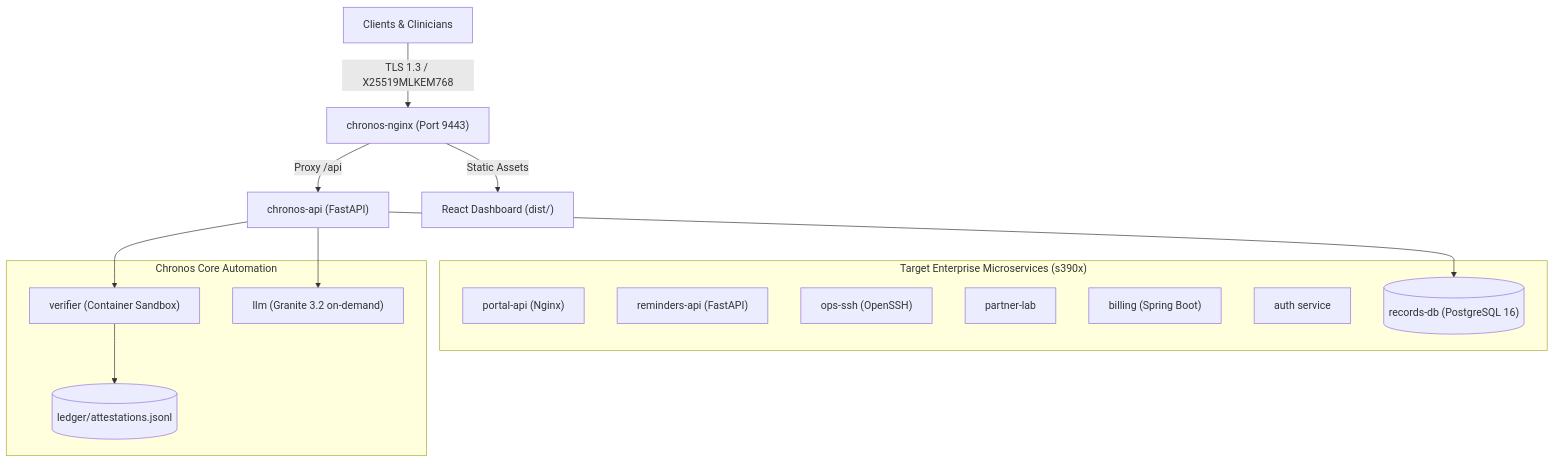
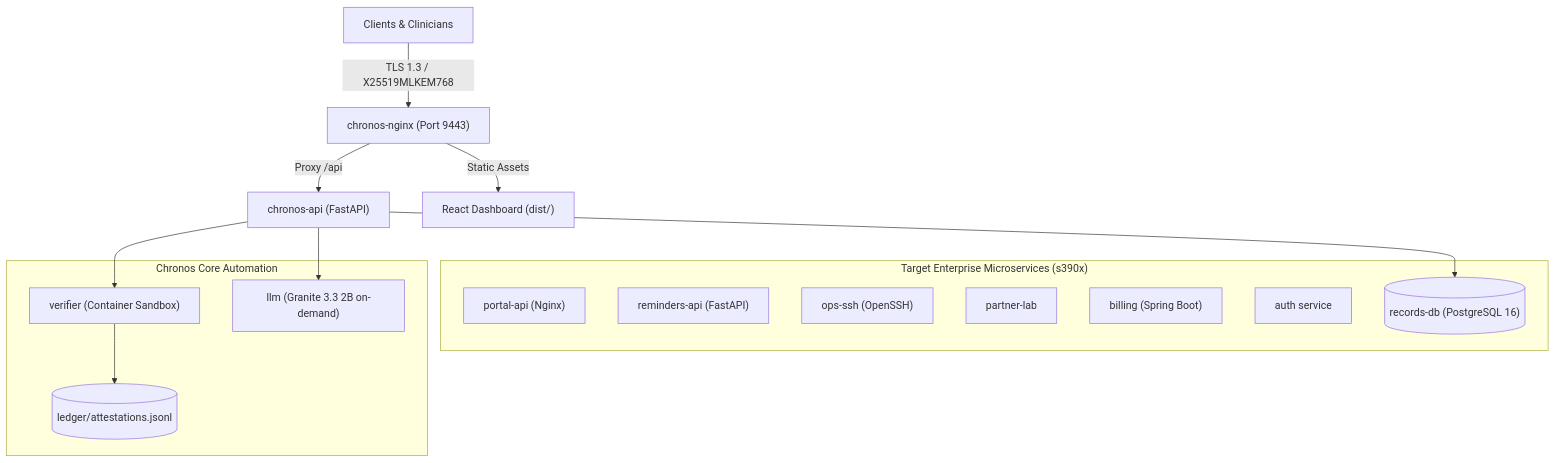
One commit to Oxyrine/Chronos changed the second of 2 diagrams in README.md. Above: the diagram before and after it, drawn with Mermaid. The commit also changed other lines of this file and 7 other files, not shown here.

````diff
--- a/README.md
+++ b/README.md
@@ -46,27 +46,27 @@
 ```mermaid
 graph TD
     Client["Clients & Clinicians"] -->|TLS 1.3 / X25519MLKEM768| Edge["chronos-nginx (Port 9443)"]
     Edge -->|Proxy /api| API["chronos-api (FastAPI)"]
     Edge -->|Static Assets| Dashboard["React Dashboard (dist/)"]
 
     subgraph "Target Enterprise Microservices (s390x)"
         Portal["portal-api (Nginx)"]
         Reminders["reminders-api (FastAPI)"]
         OpsSSH["ops-ssh (OpenSSH)"]
         Partner["partner-lab"]
         Billing["billing (Spring Boot)"]
         Auth["auth service"]
         DB[("records-db (PostgreSQL 16)")]
     end
 
     subgraph "Chronos Core Automation"
         Verifier["verifier (Container Sandbox)"]
-        LLM["llm (Granite 3.2 on-demand)"]
+        LLM["llm (Granite 3.3 2B on-demand)"]
         Ledger[("ledger/attestations.jsonl")]
     end
 
     API --> DB
     API --> Verifier
     API --> LLM
     Verifier --> Ledger
 ```
````
